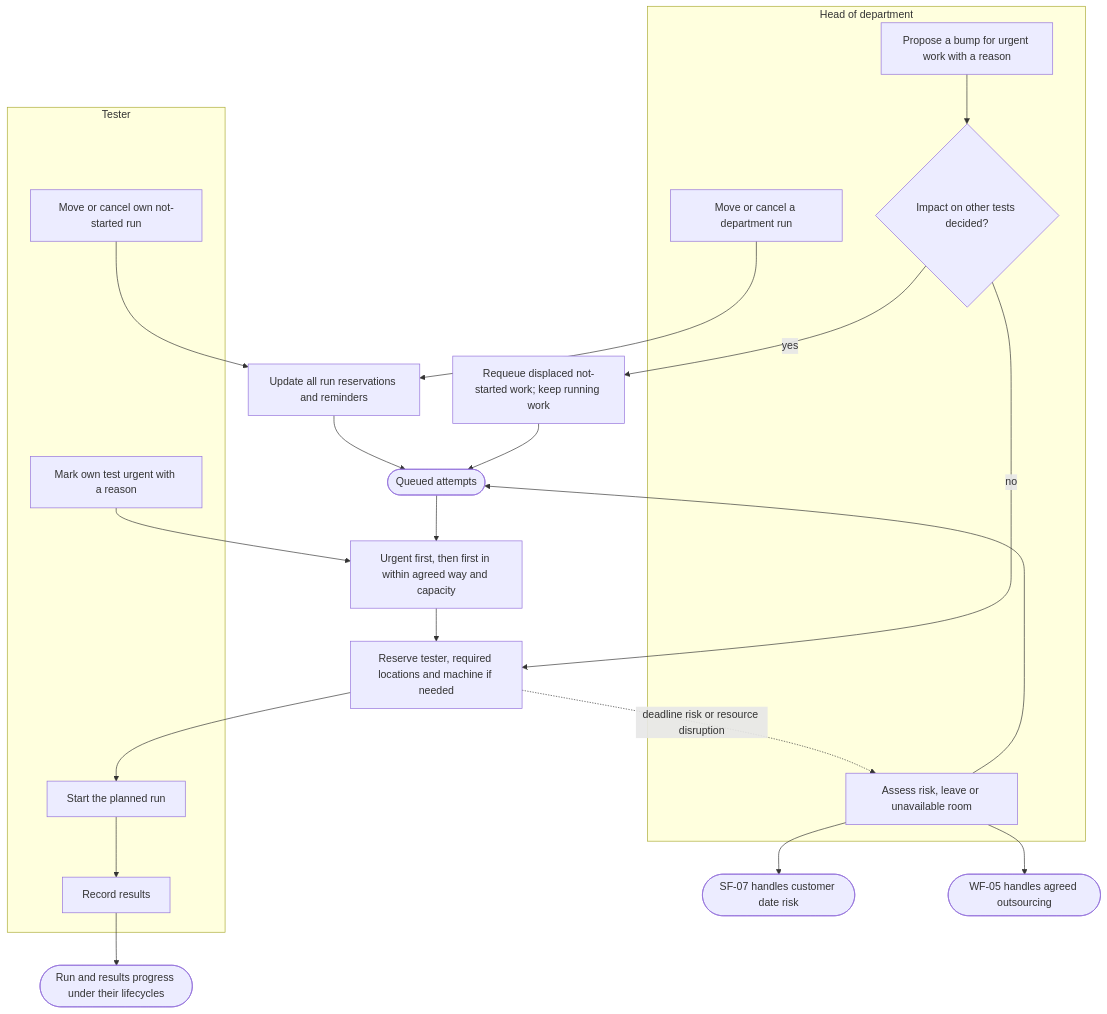
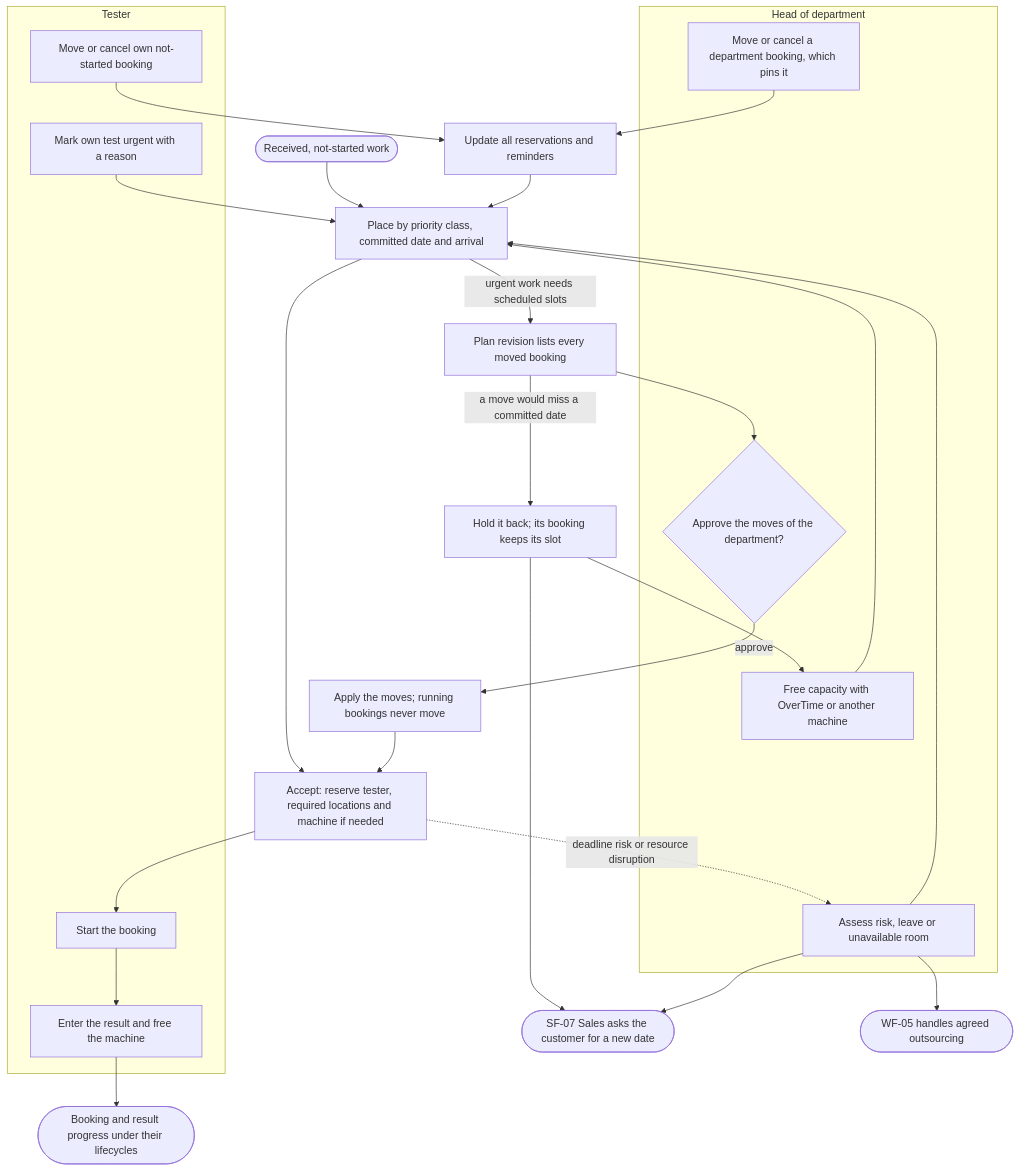
One commit to SoltuneMontepre/medilab changed diagram 16 of 17 in docs/functional/business-flows.md. Above: the diagram before and after it, drawn with Mermaid. The commit also changed other lines of this file and 27 other files, not shown here.

````diff
--- a/docs/functional/business-flows.md
+++ b/docs/functional/business-flows.md
@@ -693,28 +693,31 @@
 ```mermaid
 flowchart TD
     subgraph lane64 ["Tester"]
-        t1[Start the planned run] --> t2[Record results]
-        t3[Move or cancel own not-started run]
+        t1[Start the booking] --> t2[Enter the result and free the machine]
+        t3[Move or cancel own not-started booking]
         t4[Mark own test urgent with a reason]
     end
     subgraph lane65 ["Head of department"]
-        h1[Move or cancel a department run]
-        h2[Propose a bump for urgent work with a reason]
-        h3{Impact on other tests decided?}
+        h1[Move or cancel a department booking, which pins it]
+        h2{Approve the moves of the department?}
         h4[Assess risk, leave or unavailable room]
+        h5[Free capacity with OverTime or another machine]
     end
-    q([Queued attempts]) --> slot[Urgent first, then first in within agreed way and capacity]
-    slot --> schedule[Reserve tester, required locations and machine if needed]
+    q([Received, not-started work]) --> slot[Place by priority class, committed date and arrival]
+    slot --> schedule[Accept: reserve tester, required locations and machine if needed]
     schedule --> t1
-    t2 --> done([Run and results progress under their lifecycles])
-    t3 --> sync[Update all run reservations and reminders] --> q
+    t2 --> done([Booking and result progress under their lifecycles])
+    t3 --> sync[Update all reservations and reminders] --> slot
     h1 --> sync
     t4 --> slot
-    h2 --> h3
-    h3 -->|yes| bump[Requeue displaced not-started work; keep running work] --> q
-    h3 -->|no| schedule
+    slot -->|urgent work needs scheduled slots| revision[Plan revision lists every moved booking]
+    revision --> h2
+    h2 -->|approve| apply[Apply the moves; running bookings never move] --> schedule
+    revision -->|a move would miss a committed date| held[Hold it back; its booking keeps its slot]
+    held --> date([SF-07 Sales asks the customer for a new date])
+    held --> h5 --> slot
     schedule -.->|deadline risk or resource disruption| h4
-    h4 --> q
-    h4 --> date([SF-07 handles customer date risk])
+    h4 --> slot
+    h4 --> date
     h4 --> outsource([WF-05 handles agreed outsourcing])
 ```
````
